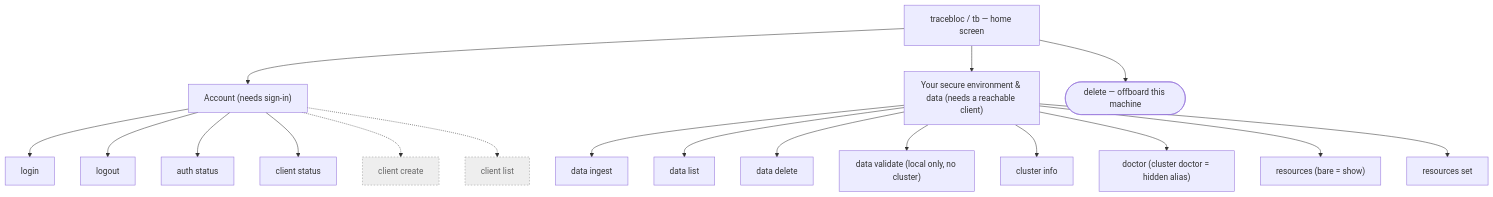
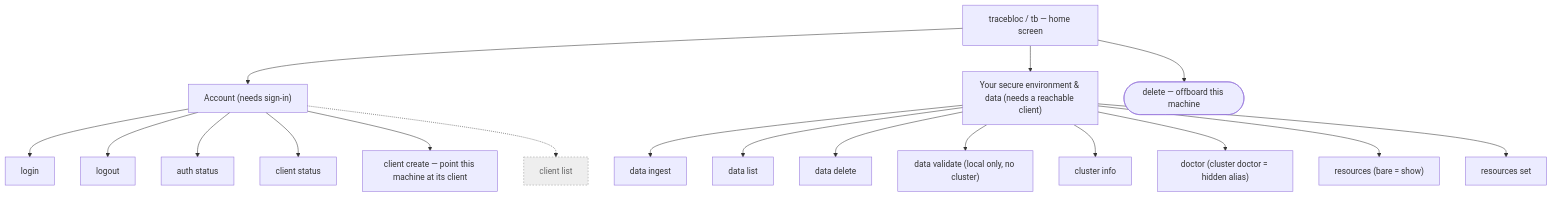
One commit to tracebloc/cli changed the first of 4 diagrams in docs/cli-navigation.md. Above: the diagram before and after it, drawn with Mermaid. The commit also changed other lines of this file and 2 other files, not shown here.

Commit message:
docs(cli): regenerate the copy catalog; `client create` is no longer hidden
The golden diff is the whole user-visible change, reviewed line by line:

  08-client.golden      `create` now appears under Available Commands, with its
                        new Short and the Long that explains adoption.
  zz-all-strings.golden the five §7.3 branches and the `client list` mismatch
                        hint.

Each branch of repointMessage is one format literal rather than a `+`-joined
string, because the catalog's AST harvest only sees literal arguments — the
message it replaced was invisible there for exactly that reason, and half a
sentence in the completeness backstop is worse than none.

cli-navigation.md carried two statements this change makes false: it drew
`client create` as a hidden node, and its exit-4 remedy line said "run the
installer (or --namespace)", which is now only one of three answers.

Refs cli#515

````diff
--- a/docs/cli-navigation.md
+++ b/docs/cli-navigation.md
@@ -13,26 +13,26 @@
 ```mermaid
 flowchart TD
   H0["tracebloc / tb — home screen"]
 
   H0 --> ACCT["Account (needs sign-in)"]
   H0 --> ENVC["Your secure environment &amp; data (needs a reachable client)"]
   H0 --> OFF(["delete — offboard this machine"])
 
   ACCT --> login["login"]
   ACCT --> logout["logout"]
   ACCT --> authst["auth status"]
   ACCT --> clis["client status"]
-  ACCT -.-> clcreate["client create"]:::hidden
+  ACCT --> clcreate["client create — point this machine at its client"]
   ACCT -.-> cllist["client list"]:::hidden
 
   ENVC --> di["data ingest"]
   ENVC --> dl["data list"]
   ENVC --> dd["data delete"]
   ENVC --> dv["data validate (local only, no cluster)"]
   ENVC --> ci["cluster info"]
   ENVC --> doc["doctor (cluster doctor = hidden alias)"]
   ENVC --> res["resources (bare = show)"]
   ENVC --> resset["resources set"]
 
   classDef hidden fill:#eee,stroke:#999,stroke-dasharray:3 3,color:#666;
 ```
````
